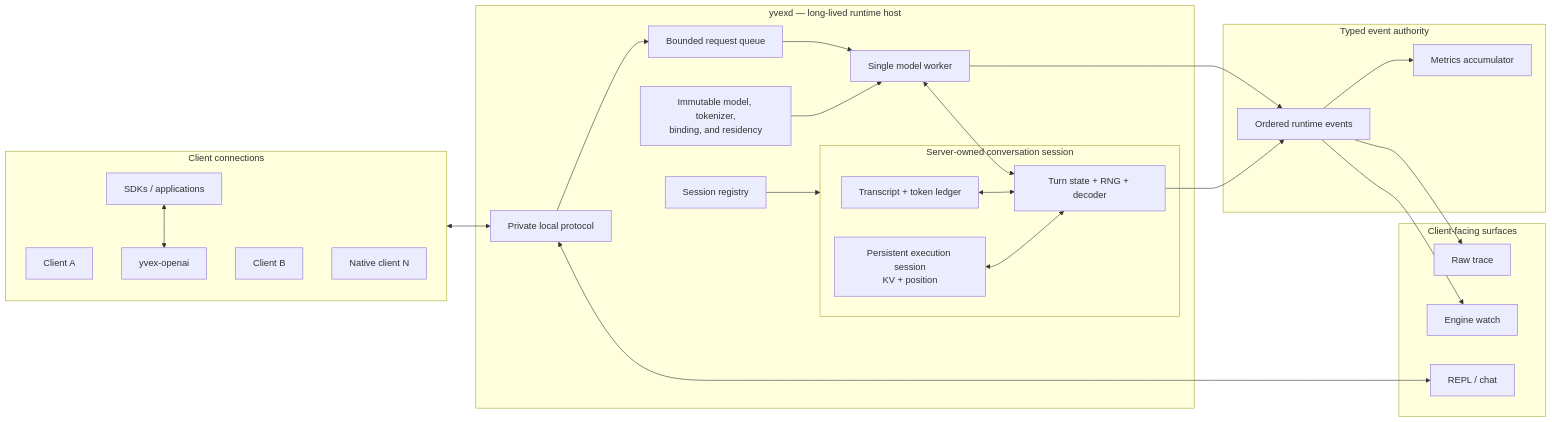
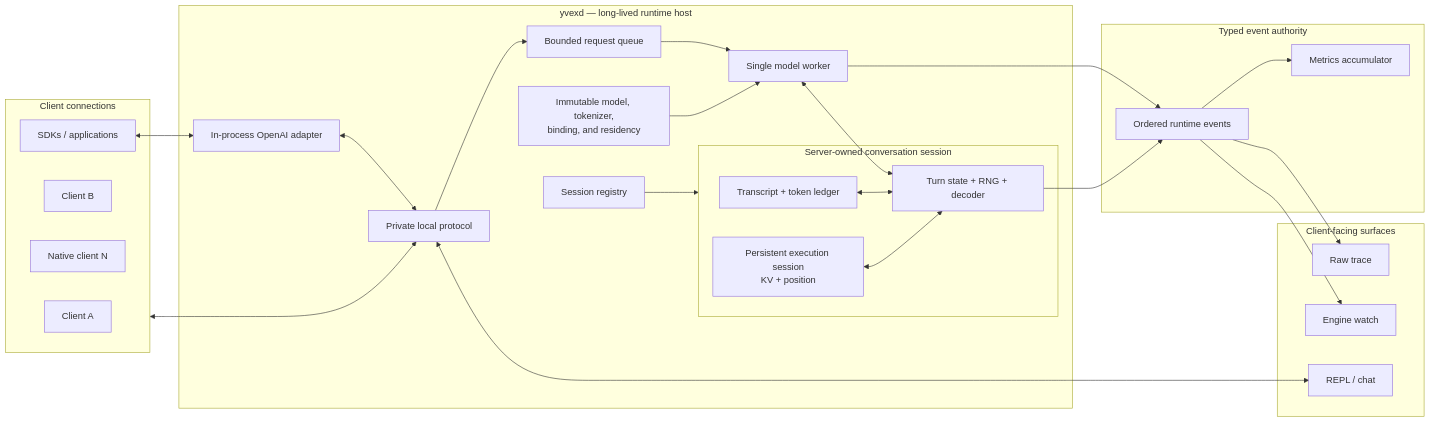
The diagram in docs/diagrams/runtime_host_sessions.mmd (yailabs/clori), drawn with Mermaid before and after one commit. The commit also changed 98 other files, not shown here.

```diff
--- a/docs/diagrams/runtime_host_sessions.mmd
+++ b/docs/diagrams/runtime_host_sessions.mmd
@@ -1,49 +1,50 @@
 flowchart LR
     subgraph clients[Client connections]
         client_a[Client A]
         client_b[Client B]
         native_n[Native client N]
-        gateway[yvex-openai]
         apps[SDKs / applications]
-        apps <--> gateway
     end
 
     subgraph host[yvexd — long-lived runtime host]
         protocol[Private local protocol]
+        openai[In-process OpenAI adapter]
         resources[Immutable model, tokenizer,<br/>binding, and residency]
         queue[Bounded request queue]
         worker[Single model worker]
         registry[Session registry]
 
         subgraph session[Server-owned conversation session]
             transcript[Transcript + token ledger]
             execution[Persistent execution session<br/>KV + position]
             turn[Turn state + RNG + decoder]
         end
 
         protocol --> queue --> worker
+        openai <--> protocol
         resources --> worker
         registry --> session
         worker <--> turn
         transcript <--> turn
         execution <--> turn
     end
 
     subgraph telemetry[Typed event authority]
         events[Ordered runtime events]
         metrics[Metrics accumulator]
         events --> metrics
     end
 
     subgraph surfaces[Client-facing surfaces]
         raw[Raw trace]
         watch[Engine watch]
         chat[REPL / chat]
     end
 
     clients <--> protocol
+    apps <--> openai
     worker --> events
     turn --> events
     events --> raw
     events --> watch
     protocol <--> chat
```
